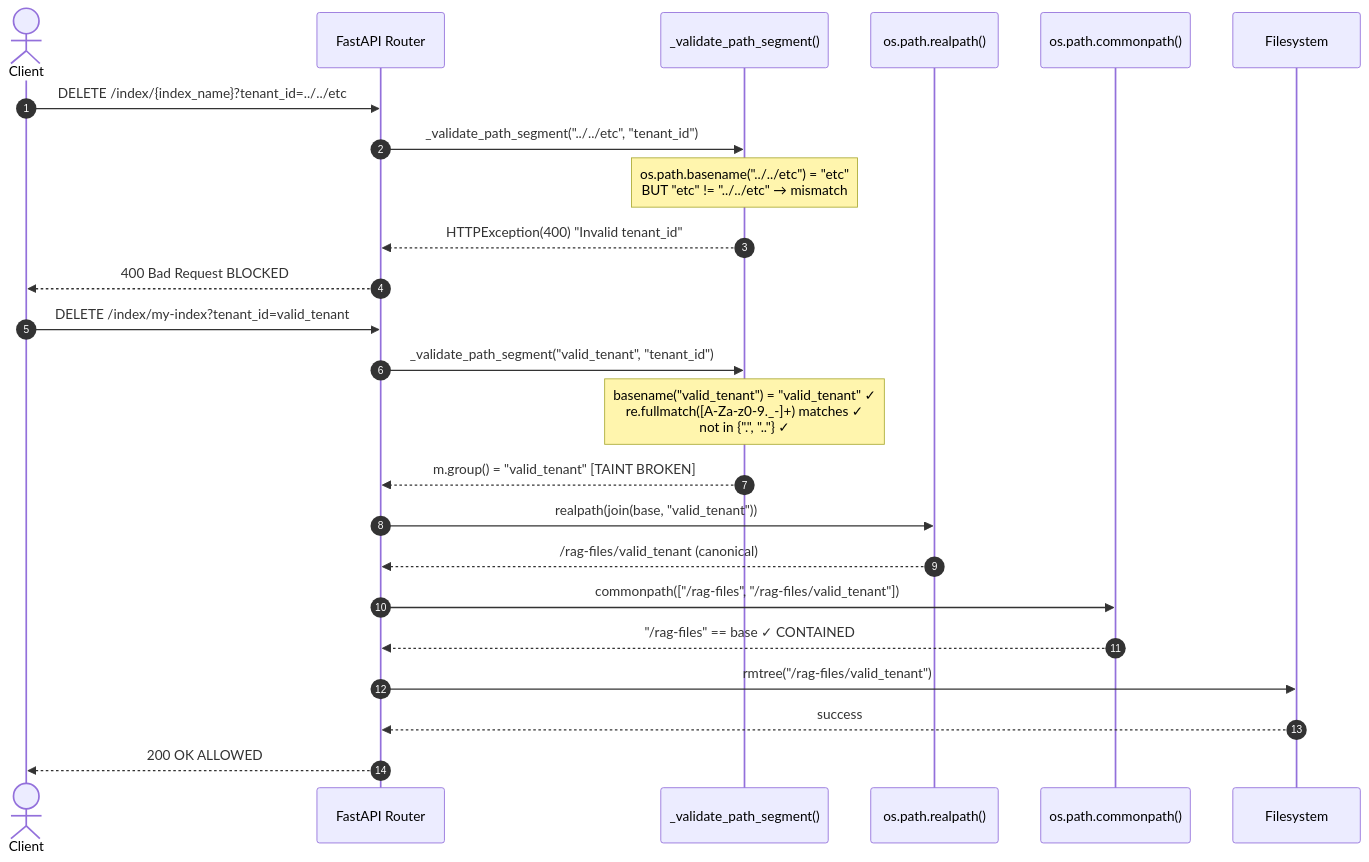
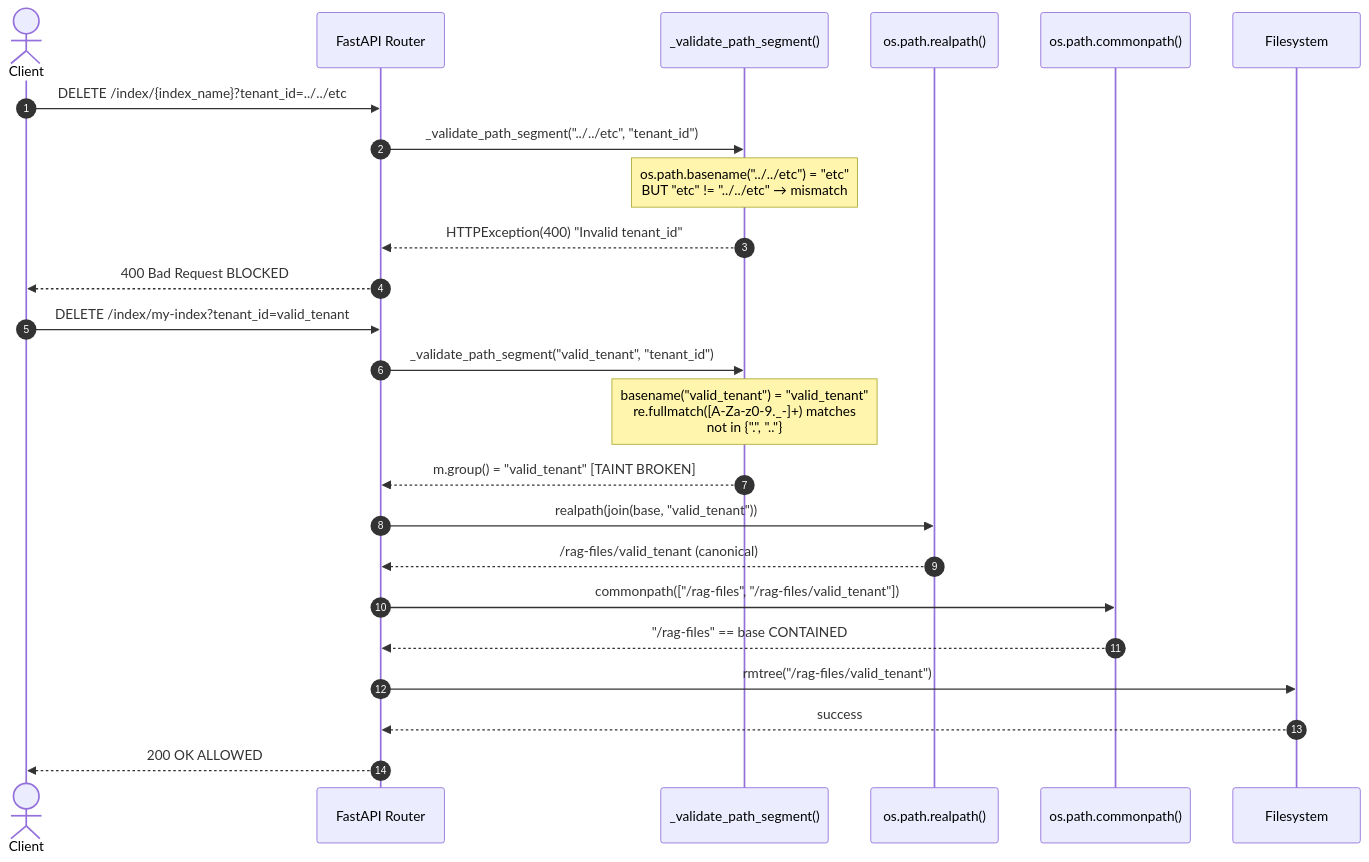
One commit to Aries-Serpent/_codex_ changed the third of 28 diagrams in docs/sessions/PR4289_session_diagram.md. Above: the diagram before and after it, drawn with Mermaid. The commit also changed other lines of this file and 1989 other files, not shown here.

````diff
--- a/docs/sessions/PR4289_session_diagram.md
+++ b/docs/sessions/PR4289_session_diagram.md
@@ -143,29 +143,29 @@
 ```mermaid
 %%{init: {'accessibility': {'title': 'Sequence Diagram showing A-Za-z0-9._-, TAINT BROKEN'}}%%
 sequenceDiagram
     autonumber
     actor Client
     participant FastAPI as FastAPI Router
     participant Validator as _validate_path_segment()
     participant Resolver as os.path.realpath()
     participant Guard as os.path.commonpath()
     participant FS as Filesystem
 
     Client->>FastAPI: DELETE /index/{index_name}?tenant_id=../../etc
     FastAPI->>Validator: _validate_path_segment("../../etc", "tenant_id")
     Note over Validator: os.path.basename("../../etc") = "etc"<br/>BUT "etc" != "../../etc" → mismatch
     Validator-->>FastAPI: HTTPException(400) "Invalid tenant_id"
     FastAPI-->>Client: 400 Bad Request  BLOCKED
 
     Client->>FastAPI: DELETE /index/my-index?tenant_id=valid_tenant
     FastAPI->>Validator: _validate_path_segment("valid_tenant", "tenant_id")
-    Note over Validator: basename("valid_tenant") = "valid_tenant" ✓<br/>re.fullmatch([A-Za-z0-9._-]+) matches ✓<br/>not in {".", ".."} ✓
+    Note over Validator: basename("valid_tenant") = "valid_tenant" <br/>re.fullmatch([A-Za-z0-9._-]+) matches <br/>not in {".", ".."} 
     Validator-->>FastAPI: m.group() = "valid_tenant" [TAINT BROKEN]
     FastAPI->>Resolver: realpath(join(base, "valid_tenant"))
     Resolver-->>FastAPI: /rag-files/valid_tenant (canonical)
     FastAPI->>Guard: commonpath(["/rag-files", "/rag-files/valid_tenant"])
-    Guard-->>FastAPI: "/rag-files" == base ✓ CONTAINED
+    Guard-->>FastAPI: "/rag-files" == base  CONTAINED
     FastAPI->>FS: rmtree("/rag-files/valid_tenant")
     FS-->>FastAPI: success
     FastAPI-->>Client: 200 OK  ALLOWED
 ```
````
